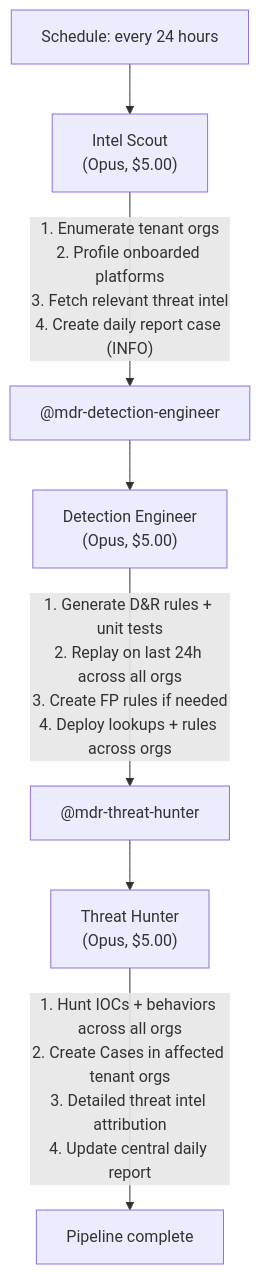
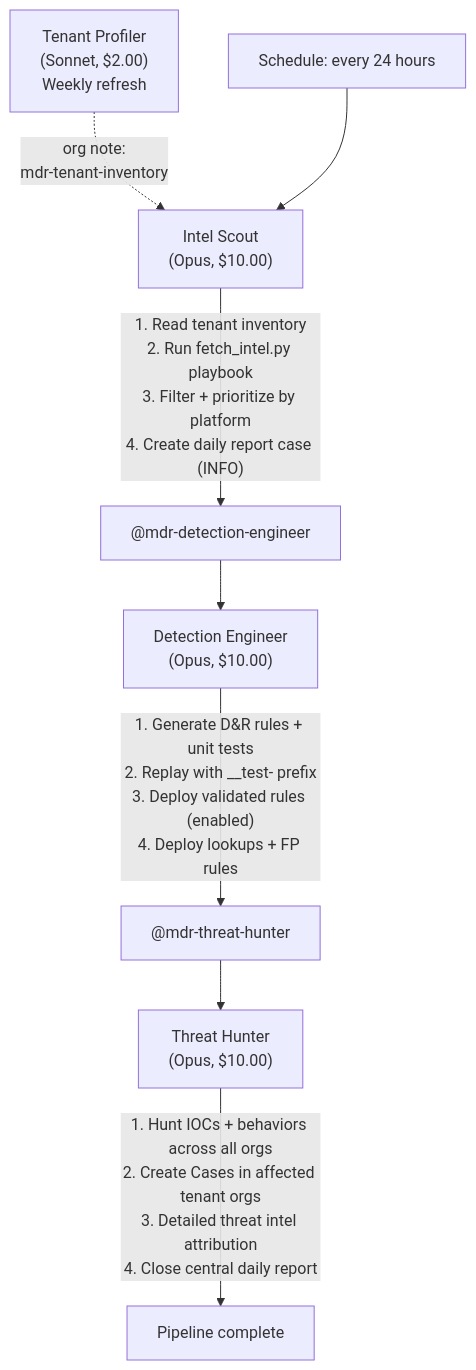
One commit to refractionPOINT/lc-ai changed the diagram in ai-teams/mdr-hunting-pipeline-team/README.md. Above: the diagram before and after it, drawn with Mermaid. The commit also changed other lines of this file and 10 other files, not shown here.

First line of the commit message:
Add tenant-profiler, fetch_intel.py playbook, and validate-before-enable

````diff
--- a/ai-teams/mdr-hunting-pipeline-team/README.md
+++ b/ai-teams/mdr-hunting-pipeline-team/README.md
@@ -7,9 +7,10 @@
 ```mermaid
 flowchart TD
-    trigger["Schedule: every 24 hours"] --> scout["Intel Scout<br/>(Opus, $5.00)"]
-    scout --> |"1. Enumerate tenant orgs<br/>2. Profile onboarded platforms<br/>3. Fetch relevant threat intel<br/>4. Create daily report case (INFO)"| mention1["@mdr-detection-engineer"]
-    mention1 --> engineer["Detection Engineer<br/>(Opus, $5.00)"]
-    engineer --> |"1. Generate D&R rules + unit tests<br/>2. Replay on last 24h across all orgs<br/>3. Create FP rules if needed<br/>4. Deploy lookups + rules across orgs"| mention2["@mdr-threat-hunter"]
-    mention2 --> hunter["Threat Hunter<br/>(Opus, $5.00)"]
-    hunter --> |"1. Hunt IOCs + behaviors across all orgs<br/>2. Create Cases in affected tenant orgs<br/>3. Detailed threat intel attribution<br/>4. Update central daily report"| done["Pipeline complete"]
+    profiler["Tenant Profiler<br/>(Sonnet, $2.00)<br/>Weekly refresh"] -.->|"org note:<br/>mdr-tenant-inventory"| scout
+    trigger["Schedule: every 24 hours"] --> scout["Intel Scout<br/>(Opus, $10.00)"]
+    scout --> |"1. Read tenant inventory<br/>2. Run fetch_intel.py playbook<br/>3. Filter + prioritize by platform<br/>4. Create daily report case (INFO)"| mention1["@mdr-detection-engineer"]
+    mention1 --> engineer["Detection Engineer<br/>(Opus, $10.00)"]
+    engineer --> |"1. Generate D&R rules + unit tests<br/>2. Replay with __test- prefix<br/>3. Deploy validated rules (enabled)<br/>4. Deploy lookups + FP rules"| mention2["@mdr-threat-hunter"]
+    mention2 --> hunter["Threat Hunter<br/>(Opus, $10.00)"]
+    hunter --> |"1. Hunt IOCs + behaviors across all orgs<br/>2. Create Cases in affected tenant orgs<br/>3. Detailed threat intel attribution<br/>4. Close central daily report"| done["Pipeline complete"]
 ```
````
